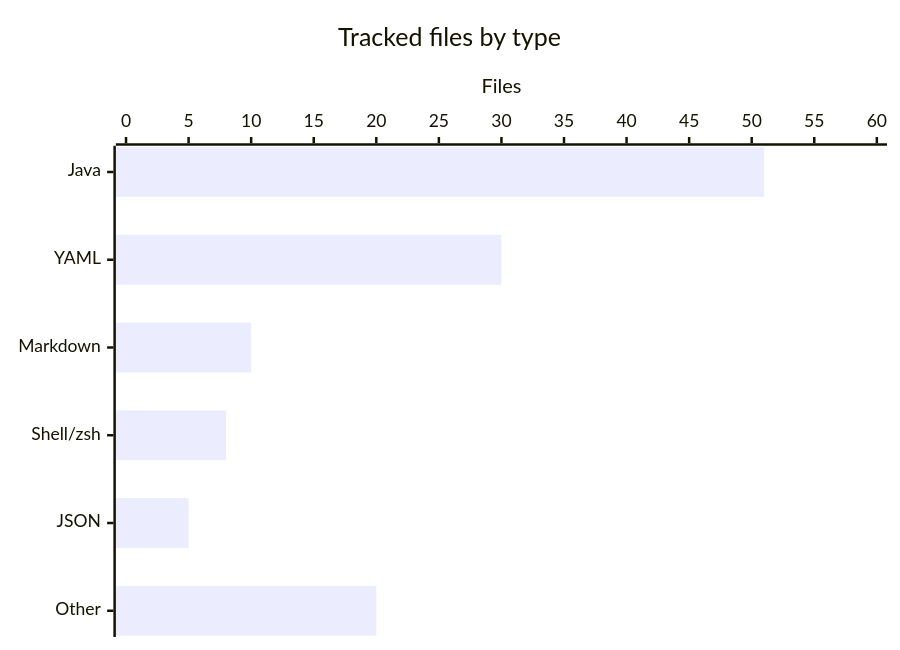
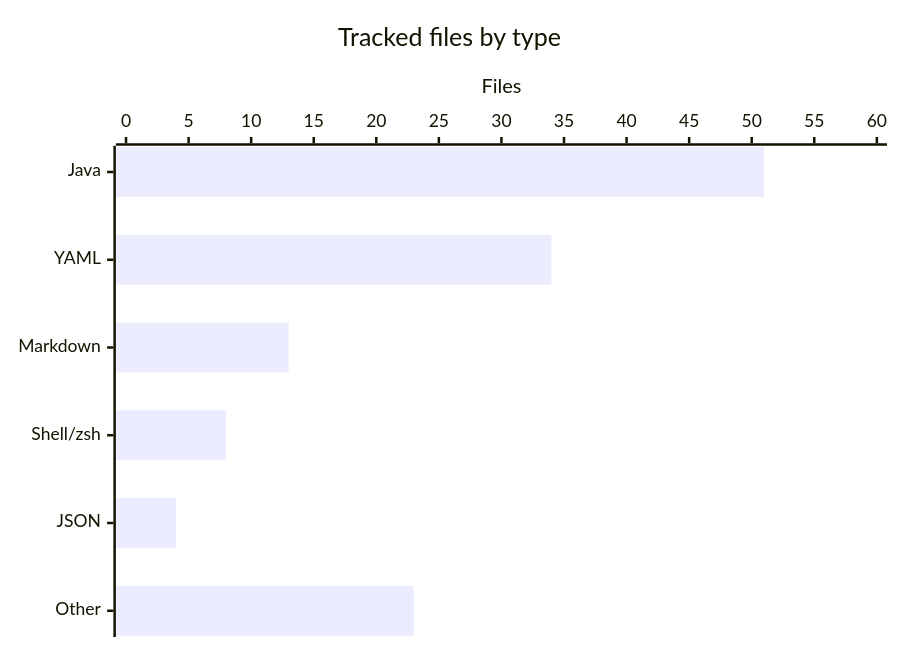
Before and after one commit to factory-aj-pahl/mockingbird-bank: the fourth of 4 diagrams in droid-wiki/overview/architecture.md, drawn with Mermaid. The commit also changed other lines of this file and 21 other files, not shown here.

````diff
--- a/droid-wiki/overview/architecture.md
+++ b/droid-wiki/overview/architecture.md
@@ -93,7 +93,7 @@
 ```mermaid
 xychart-beta horizontal
     title "Tracked files by type"
     x-axis ["Java", "YAML", "Markdown", "Shell/zsh", "JSON", "Other"]
     y-axis "Files" 0 --> 60
-    bar [51, 30, 10, 8, 5, 20]
+    bar [51, 34, 13, 8, 4, 23]
 ```
````
